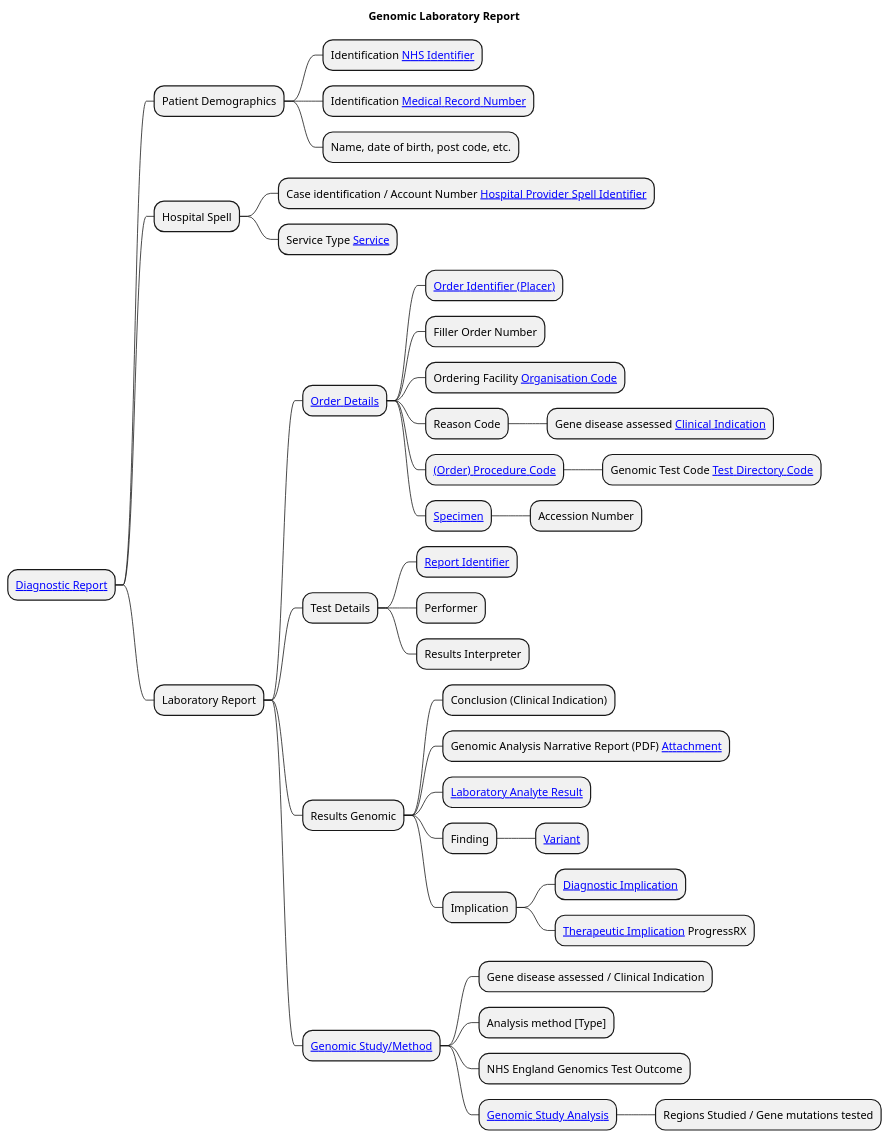
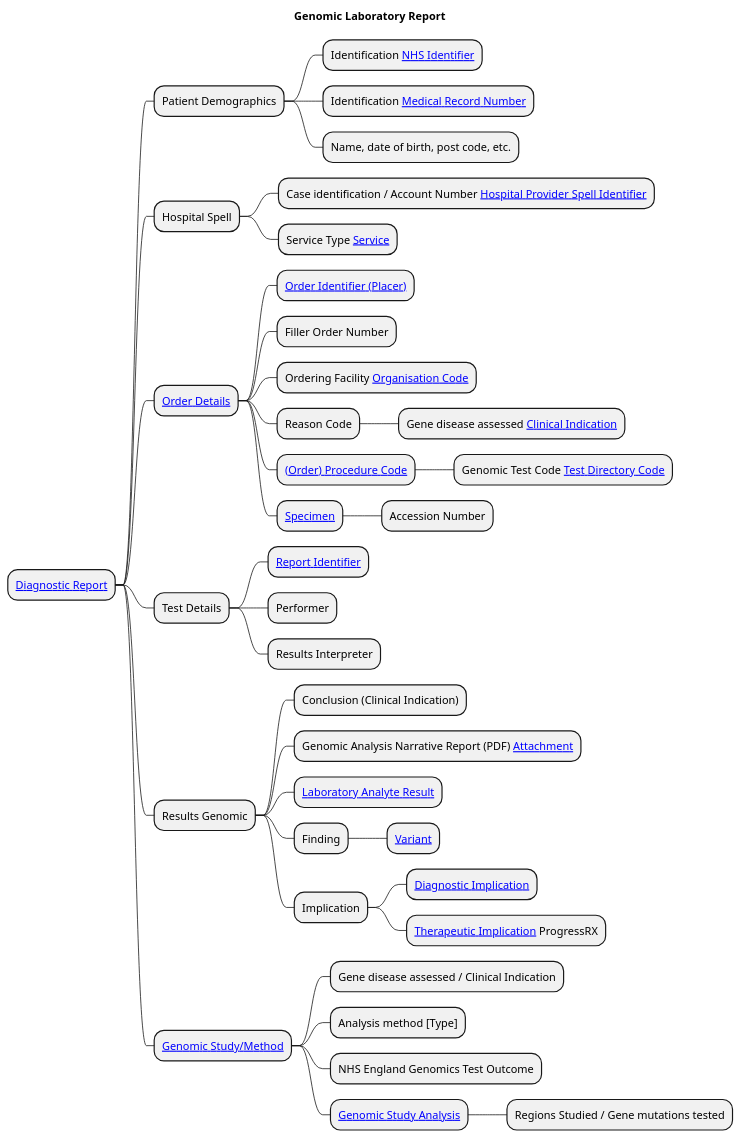
Before and after one commit to nw-gmsa/nw-gmsa.github.com: the diagram in input/images-source/LaboratoryReport-mindmap.plantuml, drawn with PlantUML. The commit also changed 1 other file, not shown here.

```diff
--- a/input/images-source/LaboratoryReport-mindmap.plantuml
+++ b/input/images-source/LaboratoryReport-mindmap.plantuml
@@ -1,44 +1,43 @@
 @startmindmap
 
 title "Genomic Laboratory Report"
 
 * [[StructureDefinition-DiagnosticReport.html Diagnostic Report]]
 ** Patient Demographics
 *** Identification [[StructureDefinition-NHSIdentifier.html NHS Identifier]]
 *** Identification [[StructureDefinition-MedicalRecordNumber.html Medical Record Number]]
 *** Name, date of birth, post code, etc.
 ** Hospital Spell
 *** Case identification / Account Number [[StructureDefinition-HospitalProviderSpellIdentifier.html Hospital Provider Spell Identifier]]
 *** Service Type [[ValueSet-service.html Service]]
-** Laboratory Report
-*** [[Questionnaire-GenomicTestOrder.html Order Details]]
-**** [[StructureDefinition-OrderIdentifier.html Order Identifier (Placer)]]
-**** Filler Order Number
-**** Ordering Facility [[StructureDefinition-OrganisationCode.html Organisation Code]]
-**** Reason Code
-***** Gene disease assessed [[CodeSystem-GenomicClinicalIndication.html Clinical Indication]]
-**** [[https://www.datadictionary.nhs.uk/data_elements/local_treatment_category_code.html (Order) Procedure Code]]
-***** Genomic Test Code [[CodeSystem-GenomicTestCode.html Test Directory Code]]
-**** [[StructureDefinition-Specimen.html Specimen]]
-***** Accession Number
-*** Test Details
-**** [[StructureDefinition-ReportIdentifier.html Report Identifier]]
-**** Performer
-**** Results Interpreter
-*** Results Genomic
-**** Conclusion (Clinical Indication)
-**** Genomic Analysis Narrative Report (PDF) [[StructureDefinition-NWAttachment.html Attachment]]
-**** [[#laboratory-analyte-result Laboratory Analyte Result]]
-**** Finding
-***** [[#reportable-variant Variant]]
-**** Implication
-***** [[#diagnostic-implication Diagnostic Implication]]
-***** [[#implications Therapeutic Implication]] ProgressRX
-*** [[#genomic-study Genomic Study/Method]]
-**** Gene disease assessed / Clinical Indication
-**** Analysis method [Type]
-**** NHS England Genomics Test Outcome
-**** [[#genomic-study-analysis Genomic Study Analysis]]
-***** Regions Studied / Gene mutations tested
+** [[Questionnaire-GenomicTestOrder.html Order Details]]
+*** [[StructureDefinition-OrderIdentifier.html Order Identifier (Placer)]]
+*** Filler Order Number
+*** Ordering Facility [[StructureDefinition-OrganisationCode.html Organisation Code]]
+*** Reason Code
+**** Gene disease assessed [[CodeSystem-GenomicClinicalIndication.html Clinical Indication]]
+*** [[https://www.datadictionary.nhs.uk/data_elements/local_treatment_category_code.html (Order) Procedure Code]]
+**** Genomic Test Code [[CodeSystem-GenomicTestCode.html Test Directory Code]]
+*** [[StructureDefinition-Specimen.html Specimen]]
+**** Accession Number
+** Test Details
+*** [[StructureDefinition-ReportIdentifier.html Report Identifier]]
+*** Performer
+*** Results Interpreter
+** Results Genomic
+*** Conclusion (Clinical Indication)
+*** Genomic Analysis Narrative Report (PDF) [[StructureDefinition-NWAttachment.html Attachment]]
+*** [[#laboratory-analyte-result Laboratory Analyte Result]]
+*** Finding
+**** [[#reportable-variant Variant]]
+*** Implication
+**** [[#diagnostic-implication Diagnostic Implication]]
+**** [[#implications Therapeutic Implication]] ProgressRX
+** [[#genomic-study Genomic Study/Method]]
+*** Gene disease assessed / Clinical Indication
+*** Analysis method [Type]
+*** NHS England Genomics Test Outcome
+*** [[#genomic-study-analysis Genomic Study Analysis]]
+**** Regions Studied / Gene mutations tested
 
 @endmindmap
```
